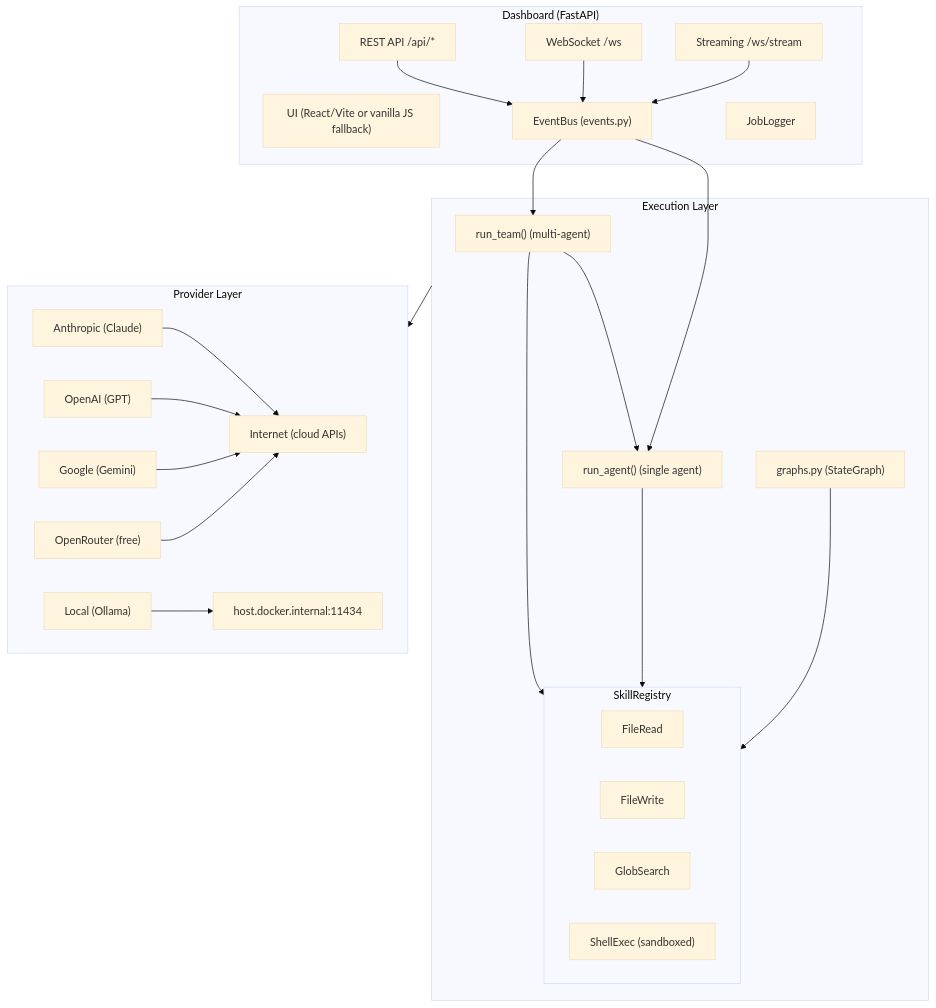
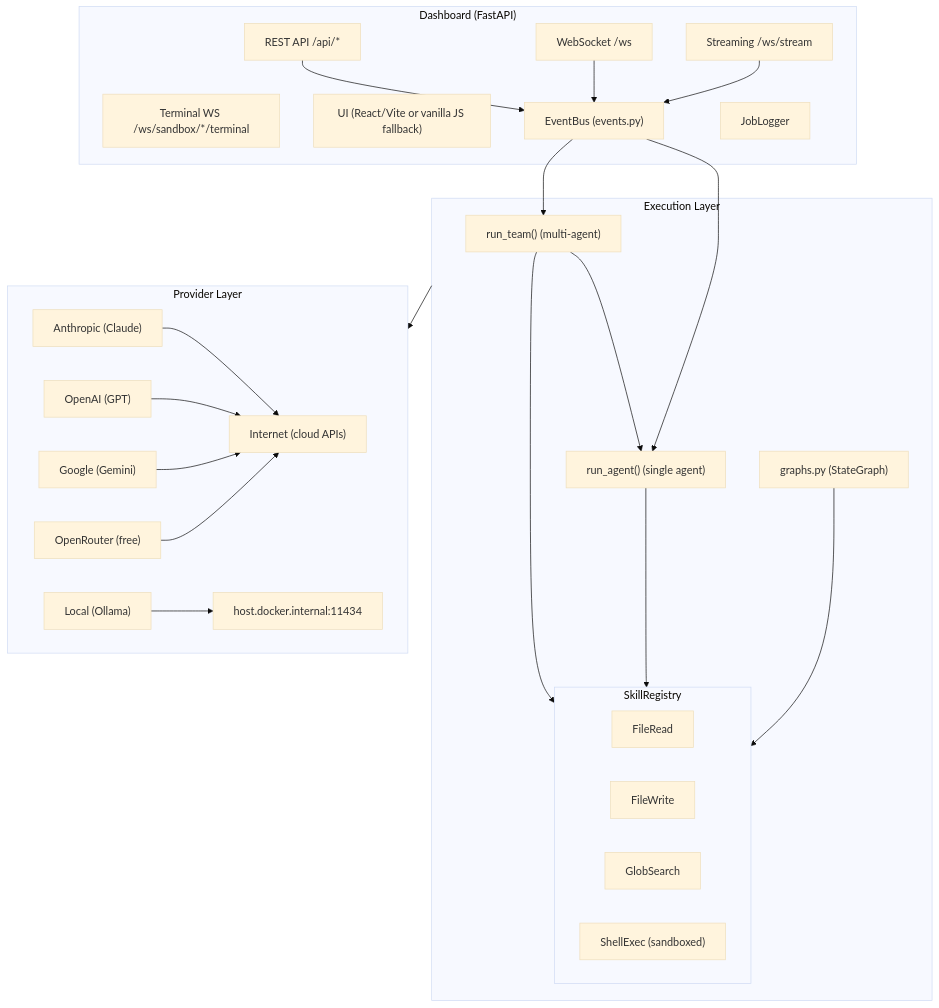
One commit to pjcau/agent-orchestrator changed the first of 5 diagrams in docs/components.md. Above: the diagram before and after it, drawn with Mermaid (base theme). The commit also changed 4 other files, not shown here.

````diff
--- a/docs/components.md
+++ b/docs/components.md
@@ -5,44 +5,45 @@
 ```mermaid
 graph TD
     subgraph Dashboard["Dashboard (FastAPI)"]
         REST["REST API /api/*"]
         WS["WebSocket /ws"]
         STREAM["Streaming /ws/stream"]
+        TERM["Terminal WS /ws/sandbox/*/terminal"]
         UI["UI (React/Vite or vanilla JS fallback)"]
         REST --> EB
         WS --> EB
         STREAM --> EB
         EB["EventBus (events.py)"]
         JL["JobLogger"]
     end
 
     subgraph Execution["Execution Layer"]
         RT["run_team() (multi-agent)"]
         RA["run_agent() (single agent)"]
         GR["graphs.py (StateGraph)"]
         RT --> RA
         RT --> SR
         RA --> SR
         GR --> SR
         subgraph SR["SkillRegistry"]
             FR["FileRead"]
             FW["FileWrite"]
             GS["GlobSearch"]
             SE["ShellExec (sandboxed)"]
         end
     end
 
     subgraph Providers["Provider Layer"]
         AN["Anthropic (Claude)"]
         OA["OpenAI (GPT)"]
         GO["Google (Gemini)"]
         OR["OpenRouter (free)"]
         LO["Local (Ollama)"]
         AN & OA & GO & OR --> INT["Internet (cloud APIs)"]
         LO --> LOC["host.docker.internal:11434"]
     end
 
     EB --> RT
     EB --> RA
     Execution --> Providers
 ```
````
